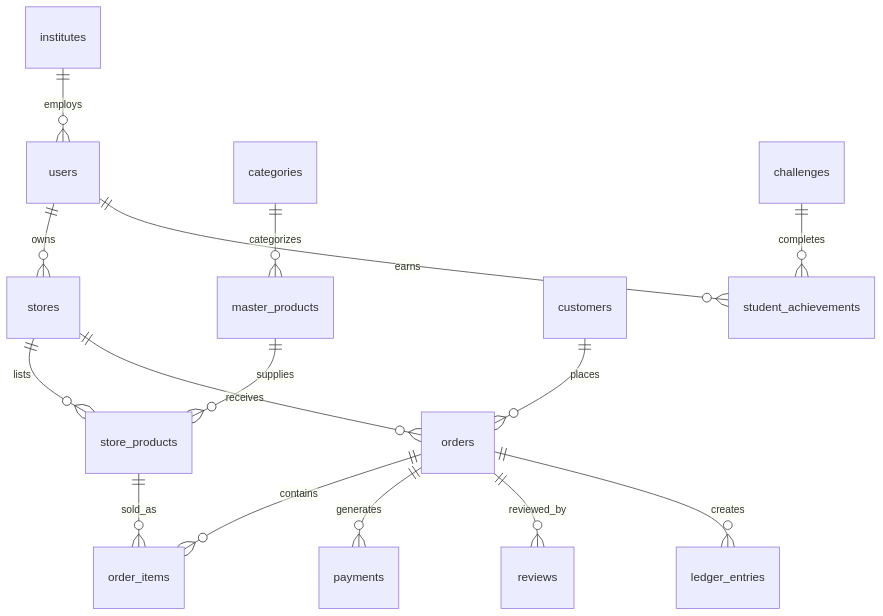
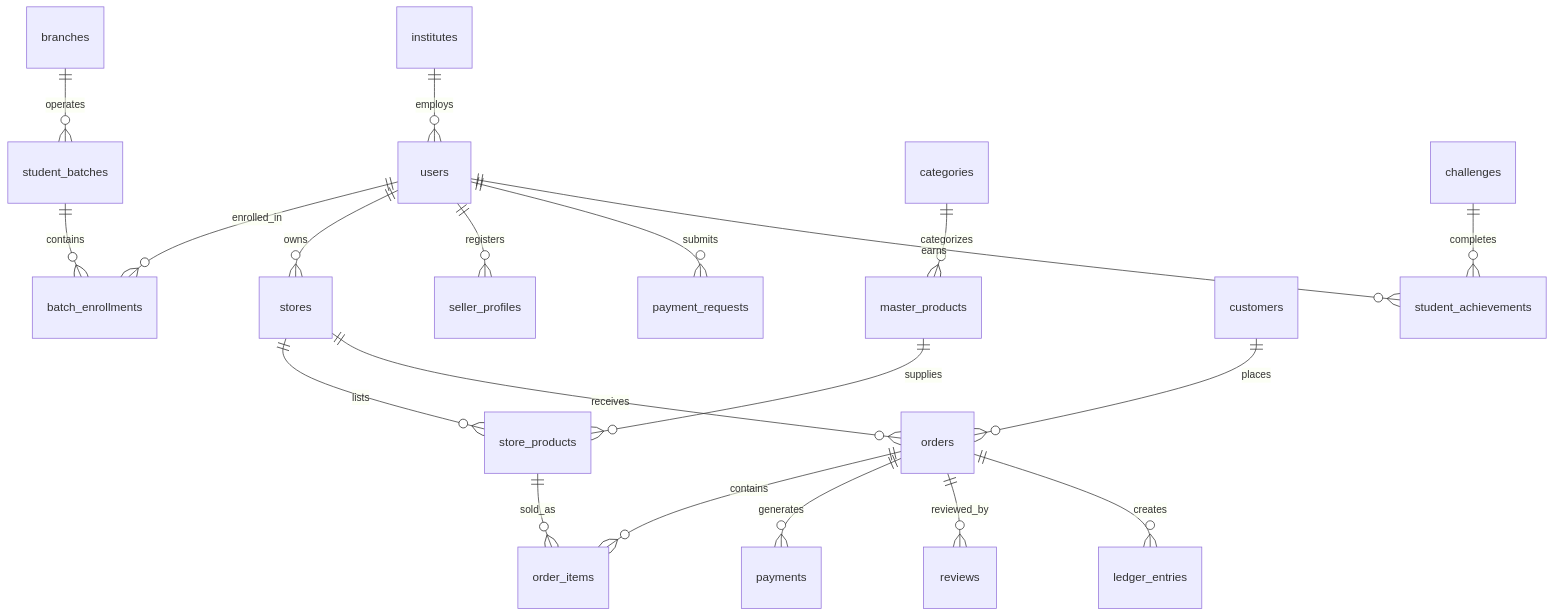
One commit to md-shadhin-mia/are-you-ready-to-sales changed the third of 7 diagrams in docs/prd.md. Above: the diagram before and after it, drawn with Mermaid. The commit also changed other lines of this file and 341 other files, not shown here.

````diff
--- a/docs/prd.md
+++ b/docs/prd.md
@@ -133,17 +149,22 @@
 ```mermaid
 erDiagram
+    branches ||--o{ student_batches : operates
+    student_batches ||--o{ batch_enrollments : contains
+    users ||--o{ batch_enrollments : enrolled_in
     institutes ||--o{ users : employs
     users ||--o{ stores : owns
+    users ||--o{ seller_profiles : registers
+    users ||--o{ payment_requests : submits
     stores ||--o{ store_products : lists
     master_products ||--o{ store_products : supplies
     categories ||--o{ master_products : categorizes
     stores ||--o{ orders : receives
     customers ||--o{ orders : places
     orders ||--o{ order_items : contains
     store_products ||--o{ order_items : sold_as
     orders ||--o{ payments : generates
     orders ||--o{ reviews : reviewed_by
     users ||--o{ student_achievements : earns
     challenges ||--o{ student_achievements : completes
     orders ||--o{ ledger_entries : creates
 ```
````
